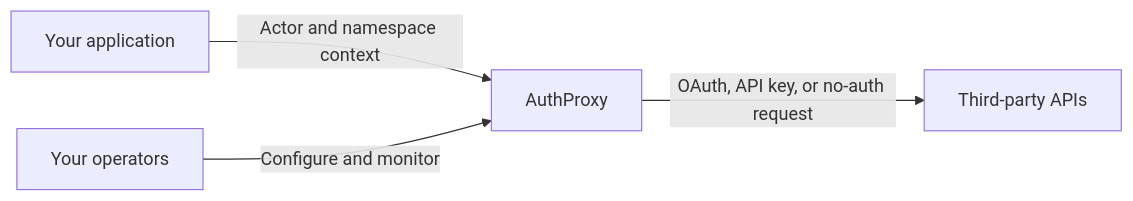
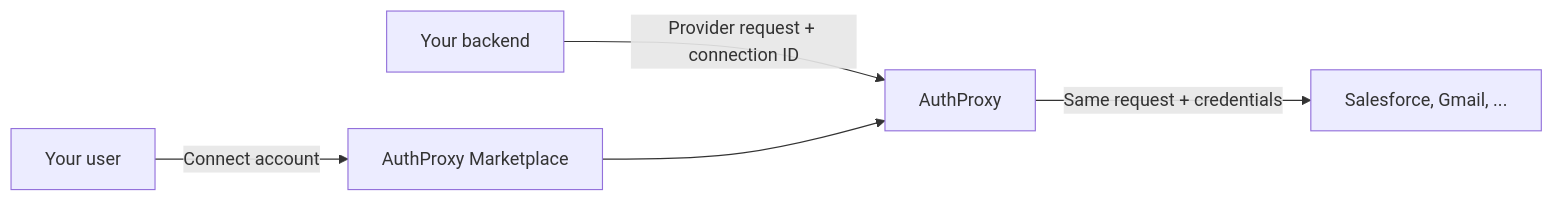
One commit to rmorlok/authproxy changed the diagram in docs/src/content/docs/index.mdx. Above: the diagram before and after it, drawn with Mermaid. The commit also changed other lines of this file and 29 other files, not shown here.

````diff
--- a/docs/src/content/docs/index.mdx
+++ b/docs/src/content/docs/index.mdx
@@ -27,6 +46,7 @@
 ```mermaid
 flowchart LR
-    Host["Your application"] -->|Actor and namespace context| AP["AuthProxy"]
-    AP -->|OAuth, API key, or no-auth request| APIs["Third-party APIs"]
-    Admin["Your operators"] -->|Configure and monitor| AP
+    App["Your backend"] -->|"Provider request + connection ID"| AP["AuthProxy"]
+    AP -->|"Same request + credentials"| API["Salesforce, Gmail, ..."]
+    User["Your user"] -->|"Connect account"| MP["AuthProxy Marketplace"]
+    MP --> AP
 ```
````
